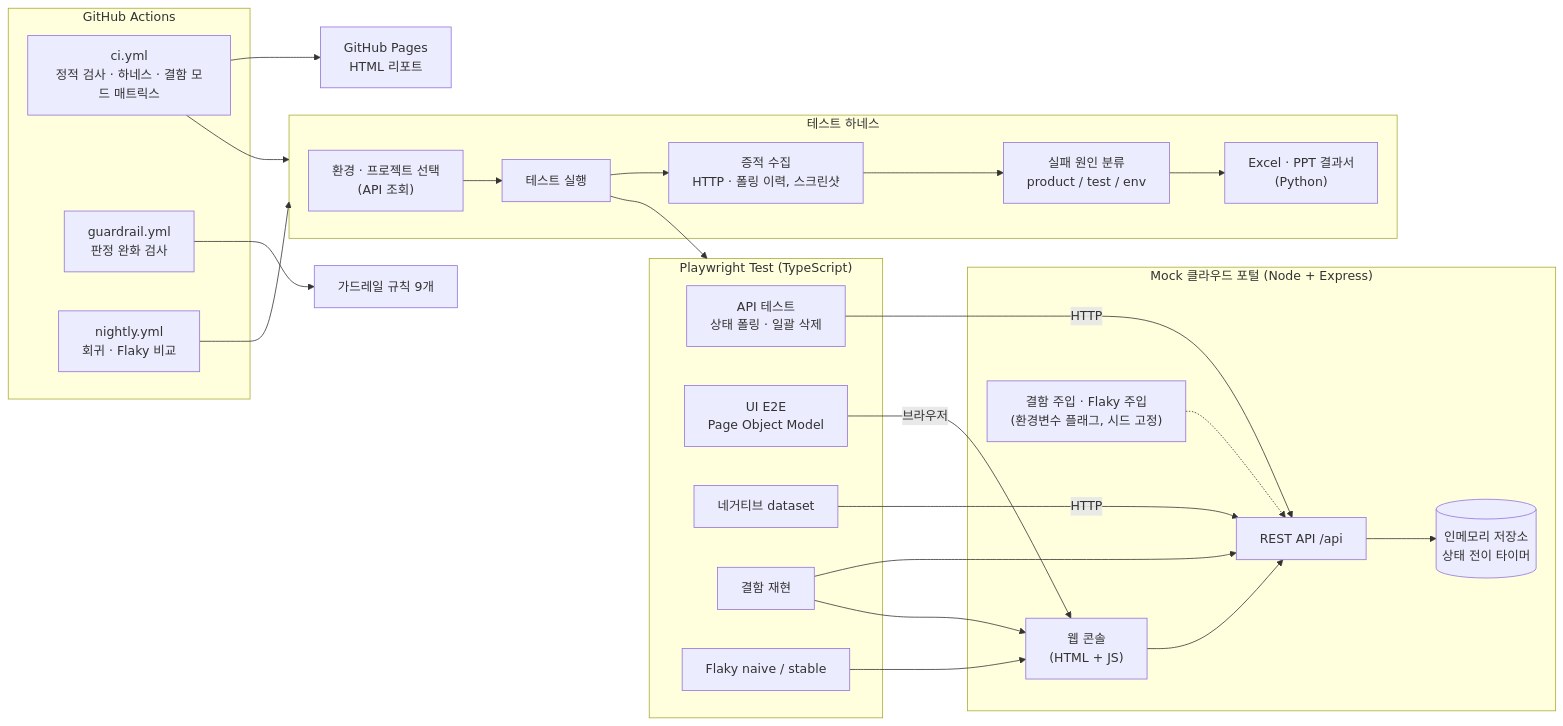
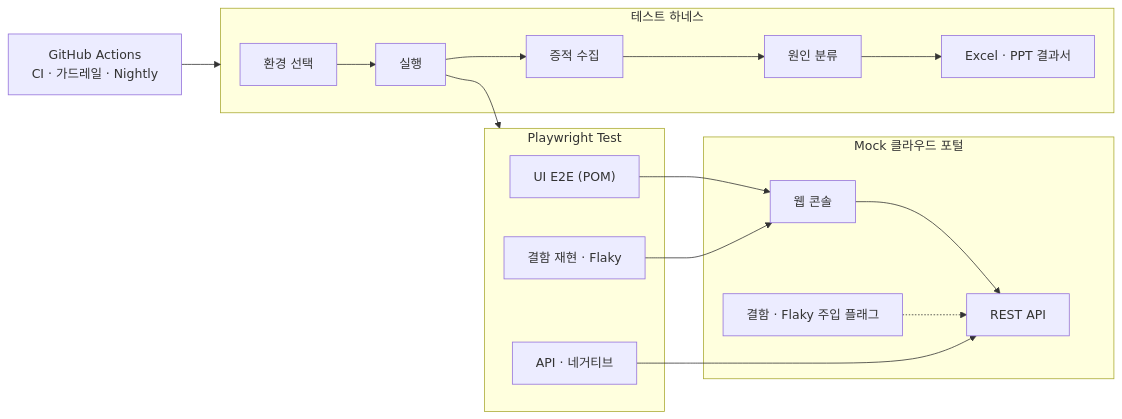
Before and after one commit to hddhdd96/ui-auto: the diagram in README.md, drawn with Mermaid. The commit also changed other lines of this file and 6 other files, not shown here.

````diff
--- a/README.md
+++ b/README.md
@@ -26,40 +24,20 @@
 ```mermaid
 flowchart LR
-  subgraph Portal["Mock 클라우드 포털 (Node + Express)"]
-    WEB["웹 콘솔<br/>(HTML + JS)"] --> API["REST API /api"]
-    API --> STORE[("인메모리 저장소<br/>상태 전이 타이머")]
-    INJ["결함 주입 · Flaky 주입<br/>(환경변수 플래그, 시드 고정)"] -.-> API
+  subgraph Portal["Mock 클라우드 포털"]
+    WEB["웹 콘솔"] --> API["REST API"]
+    INJ["결함 · Flaky 주입 플래그"] -.-> API
   end
-
-  subgraph Tests["Playwright Test (TypeScript)"]
-    APIT["API 테스트<br/>상태 폴링 · 일괄 삭제"]
-    UIT["UI E2E<br/>Page Object Model"]
-    NEG["네거티브 dataset"]
-    DEF["결함 재현"]
-    FLK["Flaky naive / stable"]
+  subgraph Tests["Playwright Test"]
+    T1["API · 네거티브"]
+    T2["UI E2E (POM)"]
+    T3["결함 재현 · Flaky"]
   end
-
-  APIT -->|HTTP| API
-  NEG -->|HTTP| API
-  UIT -->|브라우저| WEB
-  DEF --> API
-  DEF --> WEB
-  FLK --> WEB
-
+  T1 --> API
+  T2 --> WEB
+  T3 --> WEB
   subgraph Harness["테스트 하네스"]
-    SEL["환경 · 프로젝트 선택<br/>(API 조회)"] --> RUN["테스트 실행"] --> EVD["증적 수집<br/>HTTP · 폴링 이력, 스크린샷"] --> TRI["실패 원인 분류<br/>product / test / env"] --> REP["Excel · PPT 결과서<br/>(Python)"]
+    H1["환경 선택"] --> H2["실행"] --> H3["증적 수집"] --> H4["원인 분류"] --> H5["Excel · PPT 결과서"]
   end
-
-  RUN --> Tests
-
-  subgraph CI["GitHub Actions"]
-    CIW["ci.yml<br/>정적 검사 · 하네스 · 결함 모드 매트릭스"]
-    GRW["guardrail.yml<br/>판정 완화 검사"]
-    NTW["nightly.yml<br/>회귀 · Flaky 비교"]
-  end
-
-  CIW --> Harness
-  NTW --> Harness
-  GRW --> RULES["가드레일 규칙 9개"]
-  CIW --> PAGES["GitHub Pages<br/>HTML 리포트"]
+  H2 --> Tests
+  CI["GitHub Actions<br/>CI · 가드레일 · Nightly"] --> Harness
 ```
````
